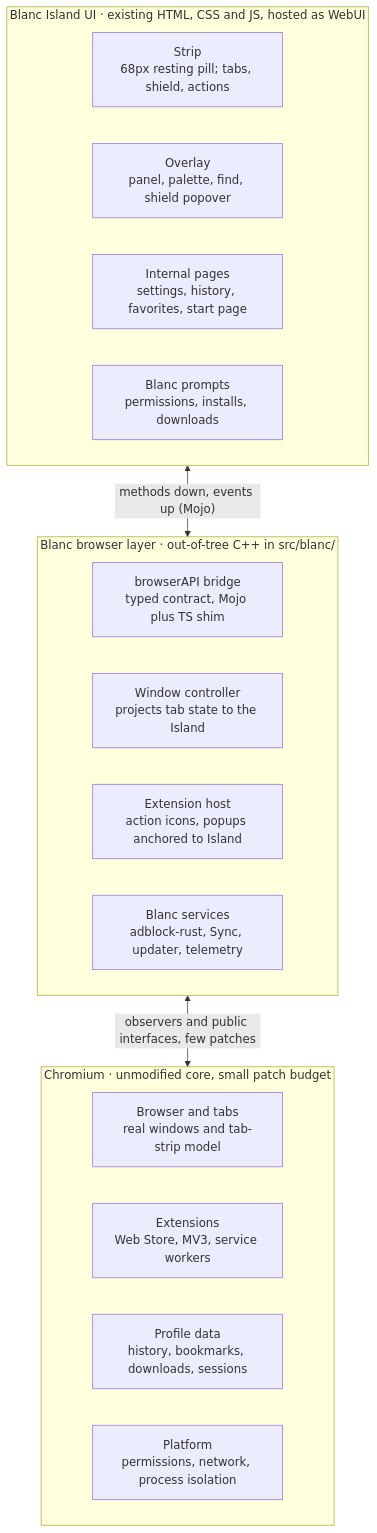
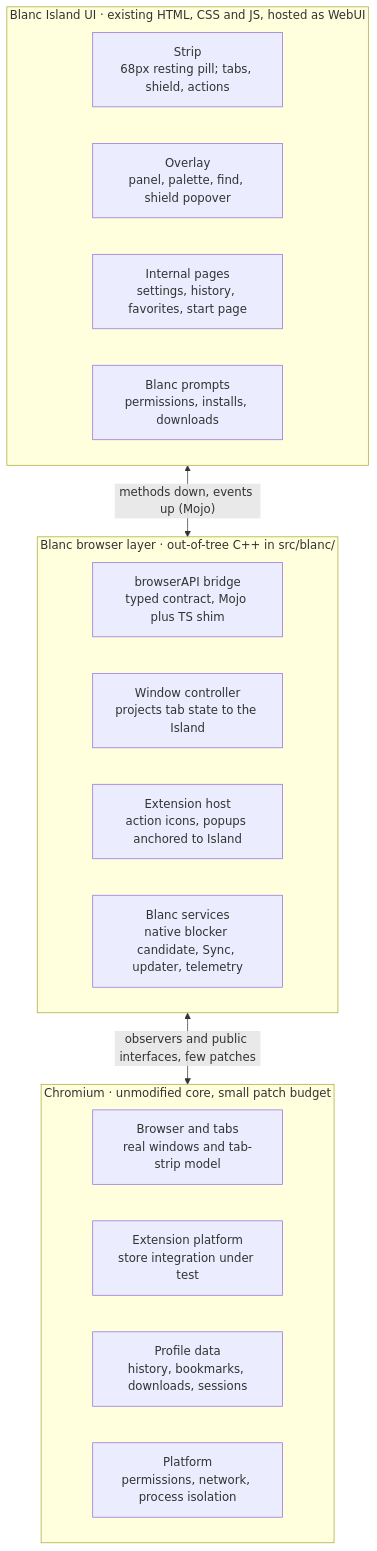
The first of 2 diagrams in docs/platform-migration-electron-to-chromium-2026-10-04.md (bnfy/blanc), drawn with Mermaid before and after one commit. The commit also changed other lines of this file, not shown here.

````diff
--- a/docs/platform-migration-electron-to-chromium-2026-10-04.md
+++ b/docs/platform-migration-electron-to-chromium-2026-10-04.md
@@ -50,23 +55,23 @@
 ```mermaid
 flowchart TB
   subgraph UI["Blanc Island UI · existing HTML, CSS and JS, hosted as WebUI"]
     strip["Strip<br/>68px resting pill; tabs, shield, actions"]
     overlay["Overlay<br/>panel, palette, find, shield popover"]
     pages["Internal pages<br/>settings, history, favorites, start page"]
     prompts["Blanc prompts<br/>permissions, installs, downloads"]
   end
   subgraph BL["Blanc browser layer · out-of-tree C++ in src/blanc/"]
     bridge["browserAPI bridge<br/>typed contract, Mojo plus TS shim"]
     ctrl["Window controller<br/>projects tab state to the Island"]
     ext["Extension host<br/>action icons, popups anchored to Island"]
-    svc["Blanc services<br/>adblock-rust, Sync, updater, telemetry"]
+    svc["Blanc services<br/>native blocker candidate, Sync, updater, telemetry"]
   end
   subgraph CR["Chromium · unmodified core, small patch budget"]
     tabs["Browser and tabs<br/>real windows and tab-strip model"]
-    exts["Extensions<br/>Web Store, MV3, service workers"]
+    exts["Extension platform<br/>store integration under test"]
     data["Profile data<br/>history, bookmarks, downloads, sessions"]
     plat["Platform<br/>permissions, network, process isolation"]
   end
   UI <-->|"methods down, events up (Mojo)"| BL
   BL <-->|"observers and public interfaces, few patches"| CR
 ```
````
